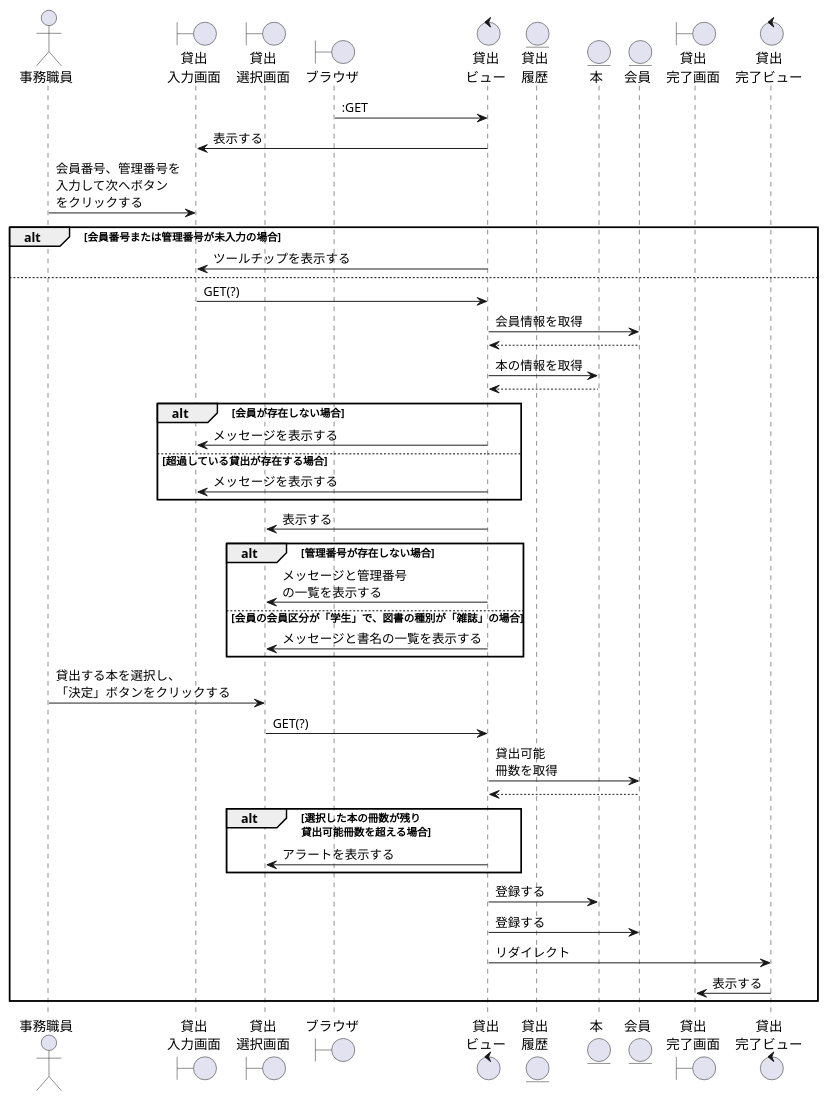
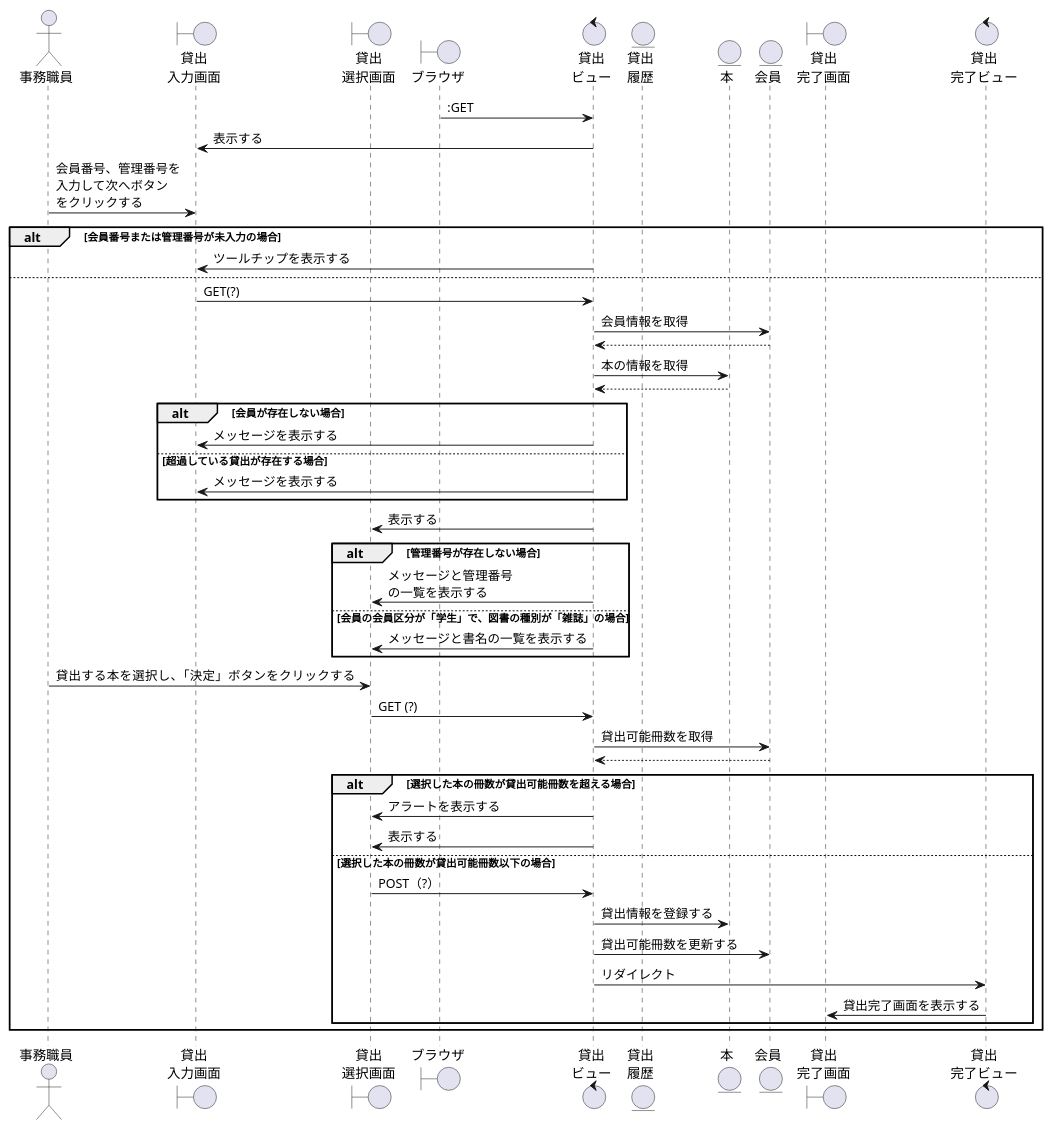
One commit to ysyk-wtnb16/team_D changed the diagram in 効果測定/貸出.wsd. Above: the diagram before and after it, drawn with PlantUML. The commit also changed 1 other file, not shown here.

```diff
--- a/効果測定/貸出.wsd
+++ b/効果測定/貸出.wsd
@@ -1,49 +1,54 @@
 @startuml KD
 
 actor "事務職員" as staff
 boundary "貸出\n入力画面" as KDIns
 boundary "貸出\n選択画面" as KDSelects
 boundary "ブラウザ" as brz
 control "貸出\nビュー" as KDv
 entity "貸出\n履歴" as KDR
 entity "本" as book
 entity "会員" as member
 boundary "貸出\n完了画面" as KDOKs
 control "貸出\n完了ビュー" as KDOKv
 
 brz -> KDv::GET
 KDIns <- KDv:表示する
 staff -> KDIns: 会員番号、管理番号を\n入力して次へボタン\nをクリックする
 alt 会員番号または管理番号が未入力の場合
     KDIns <- KDv: ツールチップを表示する
 else 
     KDIns -> KDv: GET(?)
     KDv -> member: 会員情報を取得
     KDv <-- member
     KDv -> book: 本の情報を取得
     KDv <-- book
     alt 会員が存在しない場合
         KDIns <- KDv: メッセージを表示する
     else 超過している貸出が存在する場合
         KDIns <- KDv:メッセージを表示する
     end
     KDSelects <- KDv:表示する
     alt 管理番号が存在しない場合
         KDSelects <- KDv: メッセージと管理番号\nの一覧を表示する
     else 会員の会員区分が「学生」で、図書の種別が「雑誌」の場合
         KDSelects <- KDv: メッセージと書名の一覧を表示する
     end
-    staff -> KDSelects:貸出する本を選択し、\n「決定」ボタンをクリックする
-    KDSelects -> KDv:GET(?)
-    KDv -> member:貸出可能\n冊数を取得
-    KDv <-- member:
-    alt 選択した本の冊数が残り\n貸出可能冊数を超える場合
-        KDSelects <- KDv:アラートを表示する
+    staff -> KDSelects: 貸出する本を選択し、「決定」ボタンをクリックする
+    KDSelects -> KDv: GET (?)
+    KDv -> member: 貸出可能冊数を取得
+    KDv <-- member
+
+    alt 選択した本の冊数が貸出可能冊数を超える場合
+        KDSelects <- KDv: アラートを表示する
+        KDSelects <- KDv: 表示する
+    else 選択した本の冊数が貸出可能冊数以下の場合
+        KDSelects -> KDv: POST（?）
+        KDv -> book: 貸出情報を登録する
+        KDv -> member: 貸出可能冊数を更新する
+        KDv -> KDOKv: リダイレクト
+        KDOKs <- KDOKv: 貸出完了画面を表示する
     end
-    KDv -> book:登録する
-    KDv -> member:登録する
-    KDv -> KDOKv:リダイレクト
-    KDOKs <-KDOKv:表示する
+
 end
 
 @enduml
```
